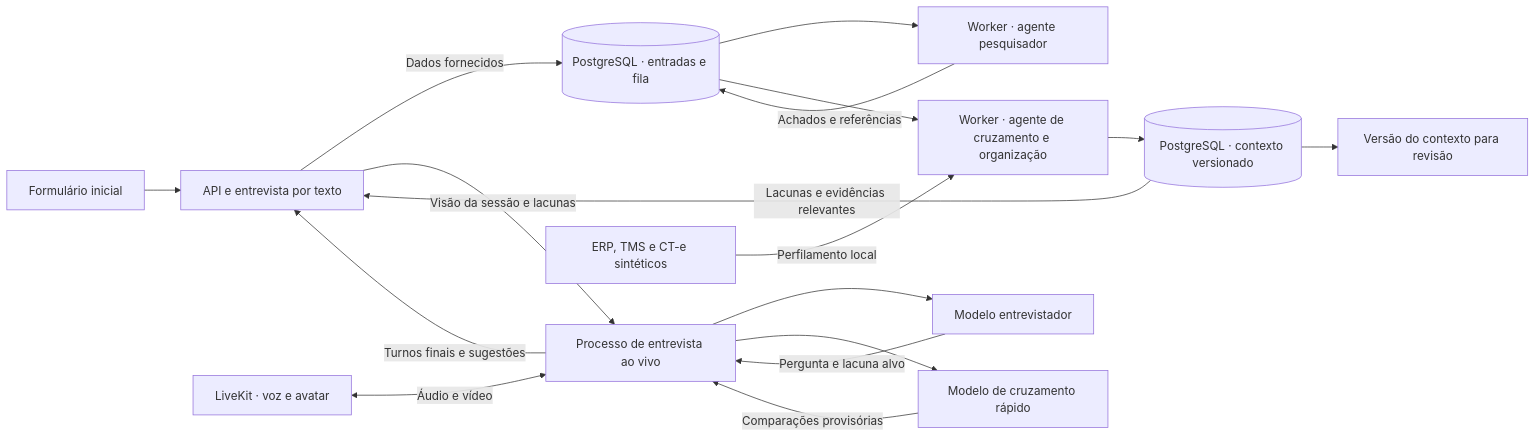
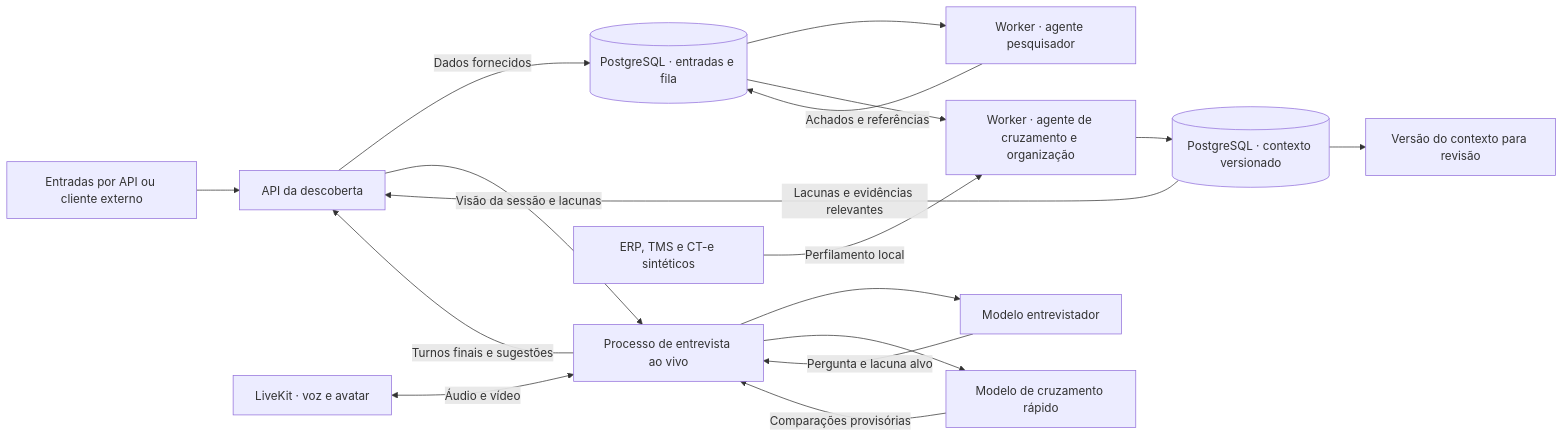
The diagram in docs/plano-arquitetura-agentes-descoberta.md (leeunam/korda), drawn with Mermaid before and after one commit. The commit also changed other lines of this file and 3 other files, not shown here.

````diff
--- a/docs/plano-arquitetura-agentes-descoberta.md
+++ b/docs/plano-arquitetura-agentes-descoberta.md
@@ -13,19 +21,19 @@
 ```mermaid
 flowchart LR
-    Form["Formulário inicial"] --> API["API e entrevista por texto"]
+    Form["Entradas por API ou cliente externo"] --> API["API da descoberta"]
     API -->|"Dados fornecidos"| Inputs[("PostgreSQL · entradas e fila")]
     Inputs --> Research["Worker · agente pesquisador"]
     Research -->|"Achados e referências"| Inputs
     Media["LiveKit · voz e avatar"] <-->|"Áudio e vídeo"| Voice["Processo de entrevista ao vivo"]
     Voice --> Interviewer["Modelo entrevistador"]
     Voice --> LiveCheck["Modelo de cruzamento rápido"]
     Interviewer -->|"Pergunta e lacuna alvo"| Voice
     LiveCheck -->|"Comparações provisórias"| Voice
     Voice -->|"Turnos finais e sugestões"| API
     Inputs --> Organizer["Worker · agente de cruzamento e organização"]
     Files["ERP, TMS e CT-e sintéticos"] -->|"Perfilamento local"| Organizer
     Organizer --> Context[("PostgreSQL · contexto versionado")]
     Context -->|"Lacunas e evidências relevantes"| API
     API -->|"Visão da sessão e lacunas"| Voice
     Context --> Export["Versão do contexto para revisão"]
 ```
````
